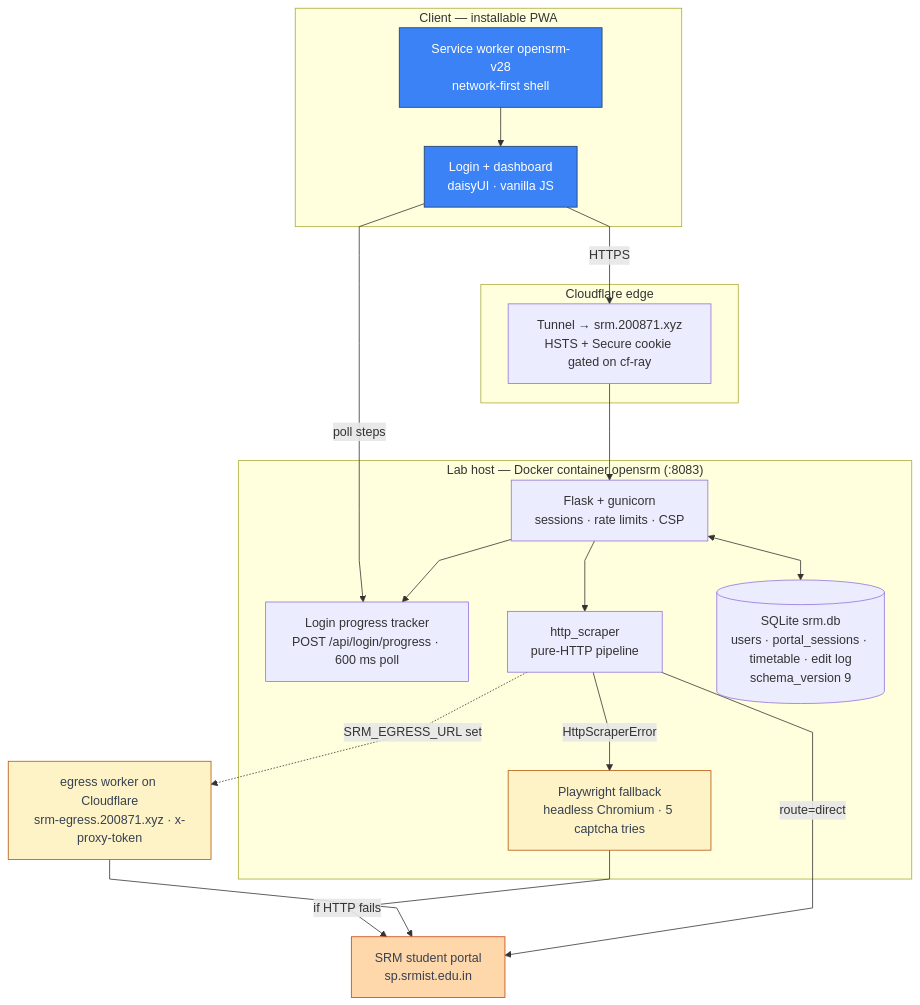
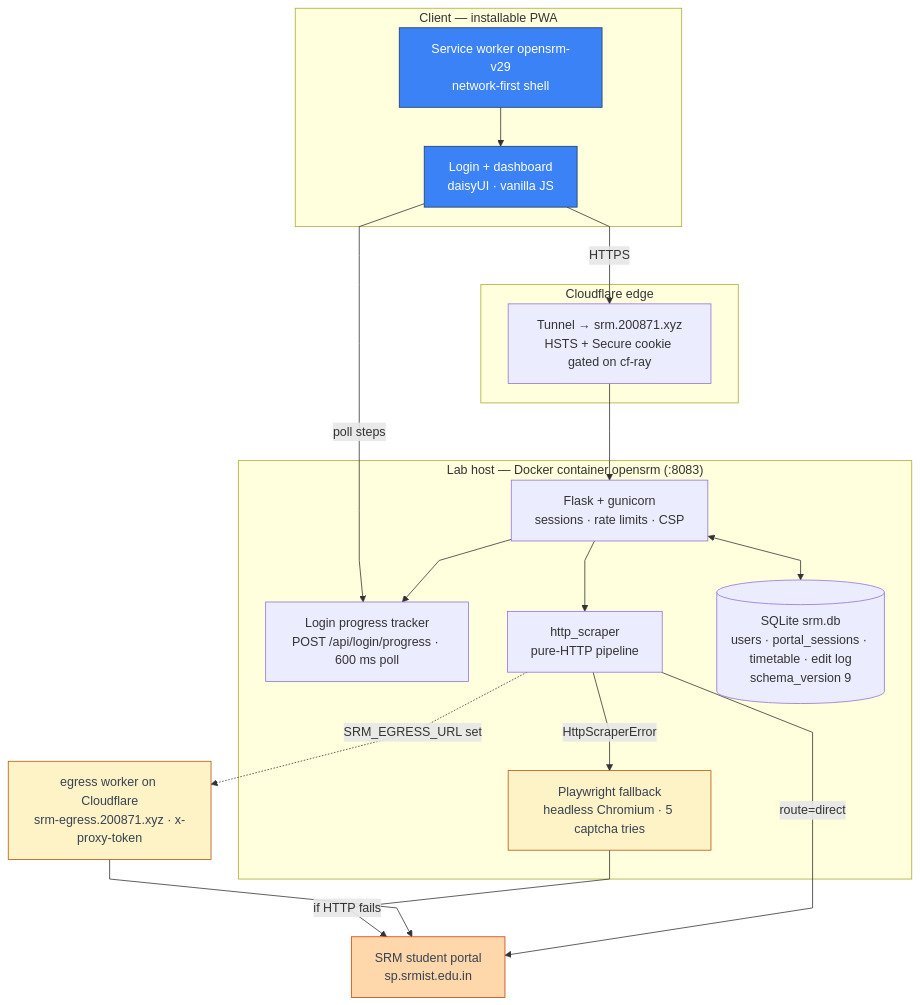
Before and after one commit to thenabbu/OpenSRM: the first of 3 diagrams in README.md, drawn with Mermaid. The commit also changed other lines of this file and 5 other files, not shown here.

````diff
--- a/README.md
+++ b/README.md
@@ -70,43 +70,43 @@
 ```mermaid
 %%{init: {"flowchart": {"curve": "linear"}}}%%
 flowchart TD
     subgraph client["Client — installable PWA"]
         UI["Login + dashboard<br/>daisyUI · vanilla JS"]
-        SW["Service worker opensrm-v28<br/>network-first shell"]
+        SW["Service worker opensrm-v29<br/>network-first shell"]
     end
 
     subgraph edge["Cloudflare edge"]
         TUN["Tunnel → srm.200871.xyz<br/>HSTS + Secure cookie gated on cf-ray"]
     end
 
     subgraph lab["Lab host — Docker container opensrm (:8083)"]
         FL["Flask + gunicorn<br/>sessions · rate limits · CSP"]
         PROG["Login progress tracker<br/>POST /api/login/progress · 600 ms poll"]
         HS["http_scraper<br/>pure-HTTP pipeline"]
         PW["Playwright fallback<br/>headless Chromium · 5 captcha tries"]
         DB[("SQLite srm.db<br/>users · portal_sessions · timetable · edit log<br/>schema_version 9")]
         FL --> PROG
         FL <--> DB
         FL --> HS
         HS -->|"HttpScraperError"| PW
     end
 
     EG["egress worker on Cloudflare<br/>srm-egress.200871.xyz · x-proxy-token"]
     P["SRM student portal<br/>sp.srmist.edu.in"]
 
     UI -->|"HTTPS"| TUN
     TUN --> FL
     SW --> UI
     UI -->|"poll steps"| PROG
     HS -->|"route=direct"| P
     HS -.->|"SRM_EGRESS_URL set"| EG
     EG --> P
     PW -->|"if HTTP fails"| P
 
     classDef client fill:#3b82f6,stroke:#1e3a5f,color:#ffffff
     classDef conditional fill:#fef3c7,stroke:#b45309,color:#374151
     classDef external fill:#fed7aa,stroke:#c2410c,color:#374151
     class UI,SW client
     class PW,EG conditional
     class P external
 ```
````
